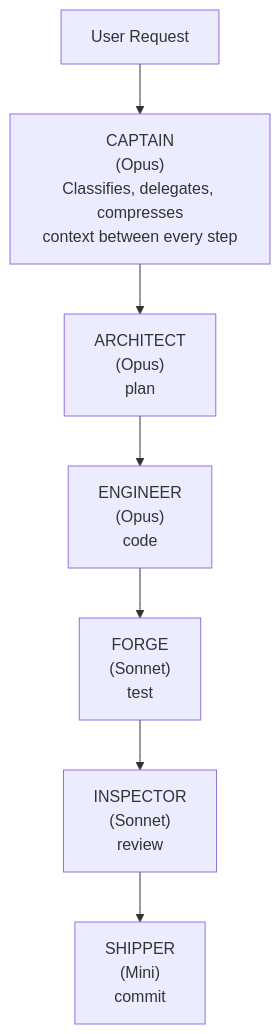
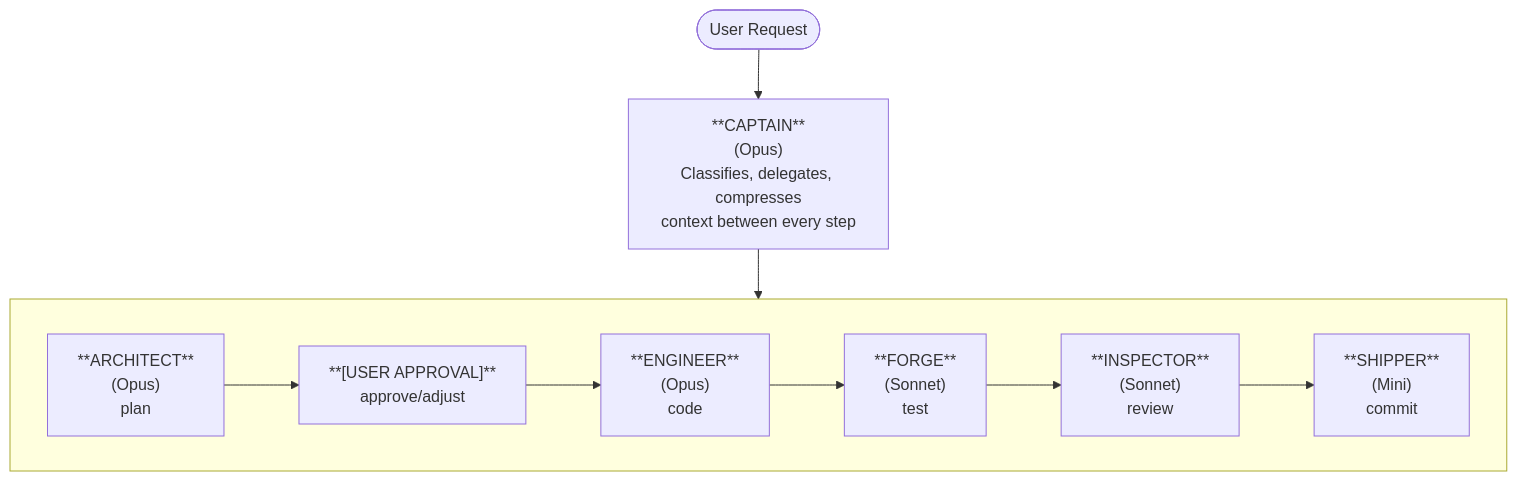
The third of 5 diagrams in README.md (san3jaya/agent-team-pipeline), drawn with Mermaid before and after one commit. The commit also changed other lines of this file, not shown here.

````diff
--- a/README.md
+++ b/README.md
@@ -65,13 +65,17 @@
 ```mermaid
-flowchart TD
-    A[User Request]
-    B["CAPTAIN<br/>(Opus)<br/>Classifies, delegates, compresses<br/>context between every step"]
+graph TD
+    UserRequest([User Request]) --> Captain
 
-    A --> B
+    Captain["**CAPTAIN**<br/>(Opus)<br/>Classifies, delegates, compresses<br/>context between every step"]
 
-    B --> C["ARCHITECT<br/>(Opus)<br/>plan"]
-    C --> D["ENGINEER<br/>(Opus)<br/>code"]
-    D --> E["FORGE<br/>(Sonnet)<br/>test"]
-    E --> F["INSPECTOR<br/>(Sonnet)<br/>review"]
-    F --> G["SHIPPER<br/>(Mini)<br/>commit"]
+    Captain --> Architect
+    
+    subgraph Execution_Pipeline [" "]
+        direction LR
+        Architect["**ARCHITECT**<br/>(Opus)<br/>plan"] --> UserApproval["**[USER APPROVAL]**<br/>approve/adjust"]
+        UserApproval --> Engineer["**ENGINEER**<br/>(Opus)<br/>code"]
+        Engineer --> Forge["**FORGE**<br/>(Sonnet)<br/>test"]
+        Forge --> Inspector["**INSPECTOR**<br/>(Sonnet)<br/>review"]
+        Inspector --> Shipper["**SHIPPER**<br/>(Mini)<br/>commit"]
+    end
 ```
````
